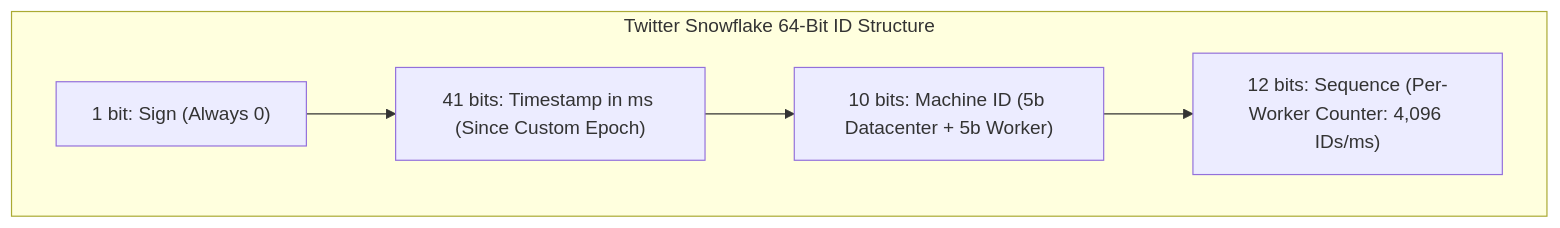
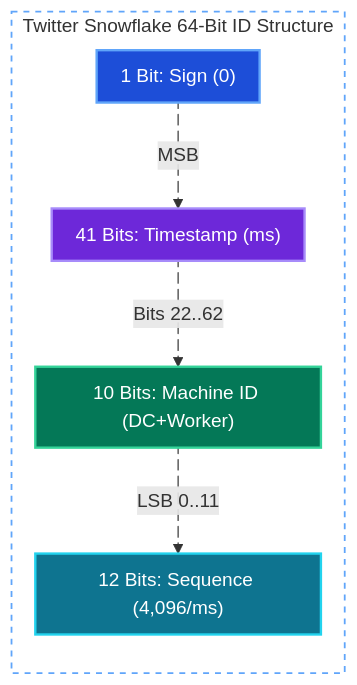
One commit to tarunbatta/tech-interview-prep changed the second of 4 diagrams in system-design/twitter.md. Above: the diagram before and after it, drawn with Mermaid. The commit also changed other lines of this file and 30 other files, not shown here.

First line of the commit message:
docs(system-design): convert Mermaid flowcharts to LR with colors and animated edges

````diff
--- a/system-design/twitter.md
+++ b/system-design/twitter.md
@@ -95,9 +143,29 @@
 ```mermaid
+%%{init: {'flowchart': {'nodeSpacing': 20, 'rankSpacing': 40, 'padding': 10}}}%%
 flowchart LR
     subgraph Snowflake_64Bit_ID["Twitter Snowflake 64-Bit ID Structure"]
-        direction LR
-        Sign["1 bit: Sign (Always 0)"] --> Timestamp["41 bits: Timestamp in ms (Since Custom Epoch)"]
-        Timestamp --> Machine["10 bits: Machine ID (5b Datacenter + 5b Worker)"]
-        Machine --> Sequence["12 bits: Sequence (Per-Worker Counter: 4,096 IDs/ms)"]
+        Sign["1 Bit: Sign (0)"]
+        Timestamp["41 Bits: Timestamp (ms)"]
+        Machine["10 Bits: Machine ID (DC+Worker)"]
+        Sequence["12 Bits: Sequence (4,096/ms)"]
     end
+    Sign e1@-->|"MSB"| Timestamp
+    Timestamp e2@-->|"Bits 22..62"| Machine
+    Machine e3@-->|"LSB 0..11"| Sequence
+
+    e1@{ animate: true }
+    e2@{ animate: true }
+    e3@{ animate: true }
+
+    classDef client fill:#1d4ed8,stroke:#60a5fa,stroke-width:2px,color:#ffffff
+    classDef edge fill:#6d28d9,stroke:#a78bfa,stroke-width:2px,color:#ffffff
+    classDef service fill:#047857,stroke:#34d399,stroke-width:2px,color:#ffffff
+    classDef worker fill:#0e7490,stroke:#22d3ee,stroke-width:2px,color:#ffffff
+
+    class Sign client
+    class Timestamp edge
+    class Machine service
+    class Sequence worker
+
+    style Snowflake_64Bit_ID fill:transparent,stroke:#60a5fa,stroke-width:1.5px,stroke-dasharray: 5 5
 ```
````
